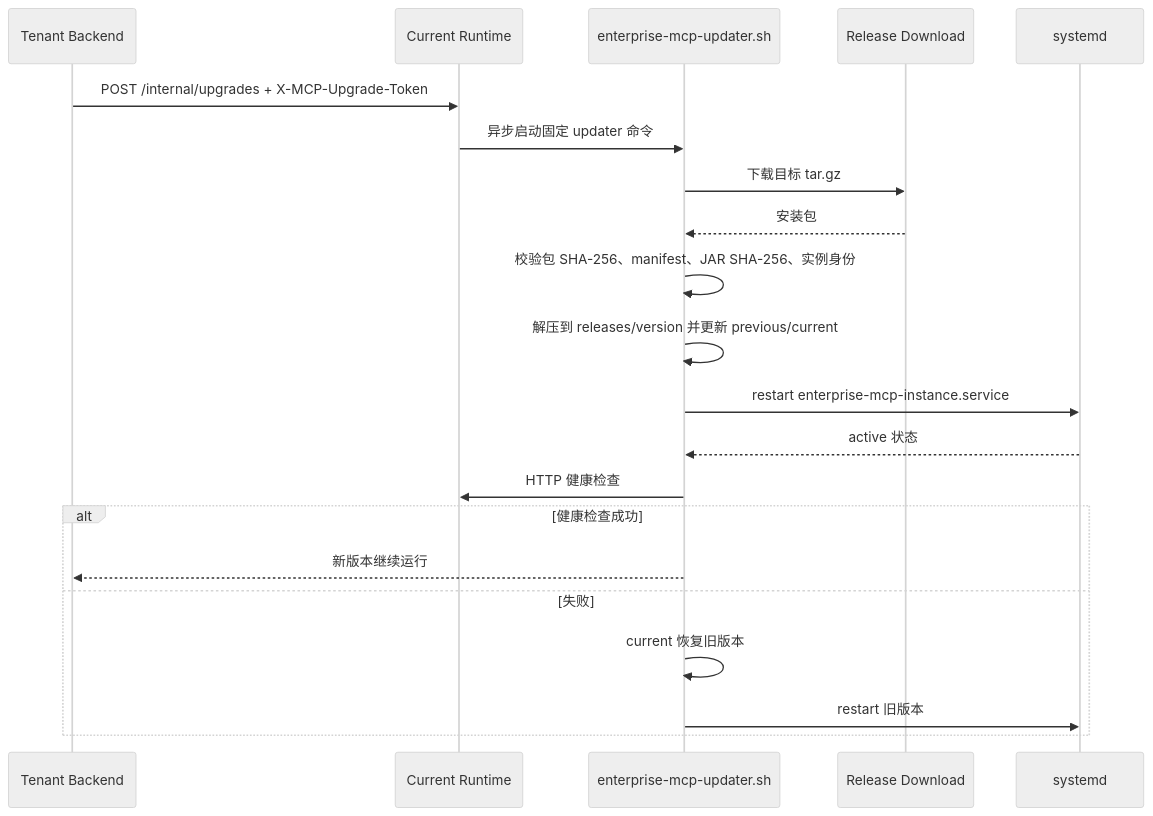
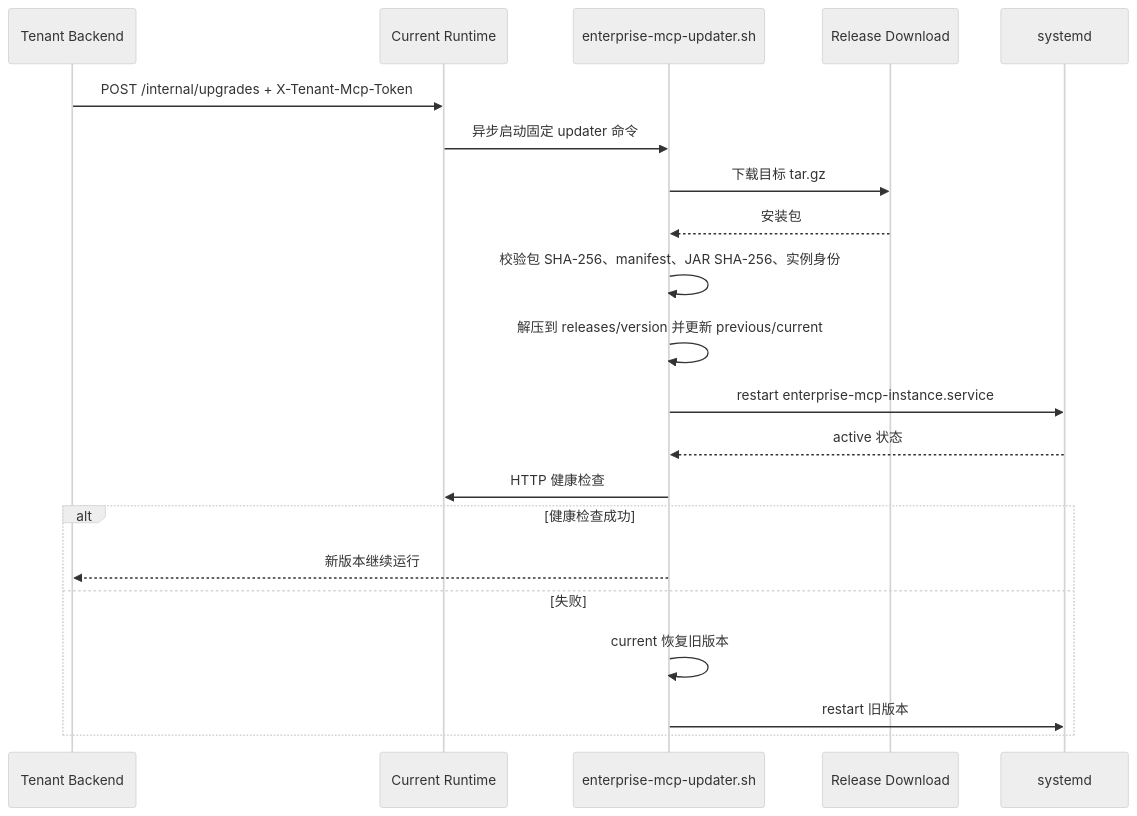
The sixth of 6 diagrams in docs/系统说明.md (Origin-Lightyear/enterprise-mcp), drawn with Mermaid (neutral theme) before and after one commit. The commit also changed other lines of this file and 95 other files, not shown here.

````diff
--- a/docs/系统说明.md
+++ b/docs/系统说明.md
@@ -251,24 +251,24 @@
 ```mermaid
 sequenceDiagram
     participant Tenant as Tenant Backend
     participant Runtime as Current Runtime
     participant Updater as enterprise-mcp-updater.sh
     participant Platform as Release Download
     participant Systemd as systemd
 
-    Tenant->>Runtime: POST /internal/upgrades + X-MCP-Upgrade-Token
+    Tenant->>Runtime: POST /internal/upgrades + X-Tenant-Mcp-Token
     Runtime->>Updater: 异步启动固定 updater 命令
     Updater->>Platform: 下载目标 tar.gz
     Platform-->>Updater: 安装包
     Updater->>Updater: 校验包 SHA-256、manifest、JAR SHA-256、实例身份
     Updater->>Updater: 解压到 releases/version 并更新 previous/current
     Updater->>Systemd: restart enterprise-mcp-instance.service
     Systemd-->>Updater: active 状态
     Updater->>Runtime: HTTP 健康检查
     alt 健康检查成功
         Updater-->>Tenant: 新版本继续运行
     else 失败
         Updater->>Updater: current 恢复旧版本
         Updater->>Systemd: restart 旧版本
     end
 ```
````
